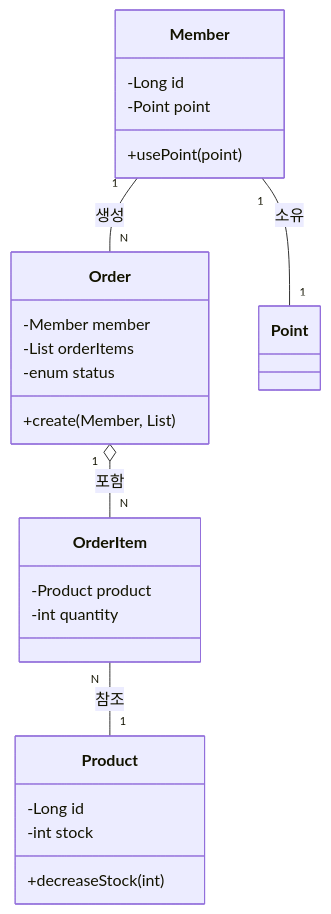
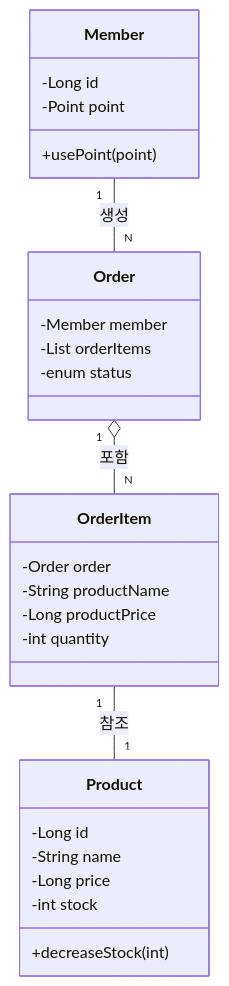
The seventh of 9 diagrams in docs/design/03-class-diagrams.md (dhgu-dev/e-commerce), drawn with Mermaid before and after one commit. The commit also changed other lines of this file and 3 other files, not shown here.

First line of the commit message:
docs: 시퀀스 및 클래스 다이어그램 개선 (#11)

````diff
--- a/docs/design/03-class-diagrams.md
+++ b/docs/design/03-class-diagrams.md
@@ -132,28 +125,30 @@
 ```mermaid
 classDiagram
     class Order {
         -Member member
         -List<OrderItem> orderItems
         -enum status
-        +create(Member, List<OrderItem>)
     }
     class OrderItem {
-        -Product product
+        -Order order
+        -String productName
+        -Long productPrice
         -int quantity
     }
     class Product {
         -Long id
+        -String name
+        -Long price
         -int stock
         +decreaseStock(int)
     }
     class Member {
         -Long id
         -Point point
         +usePoint(point)
     }
 
     Order "1" o-- "N" OrderItem : 포함
-    OrderItem "N" -- "1" Product : 참조
     Member "1" -- "N" Order : 생성
-    Member "1" -- "1" Point : 소유
+    OrderItem "1" -- "1" Product : 참조
 ```
````
